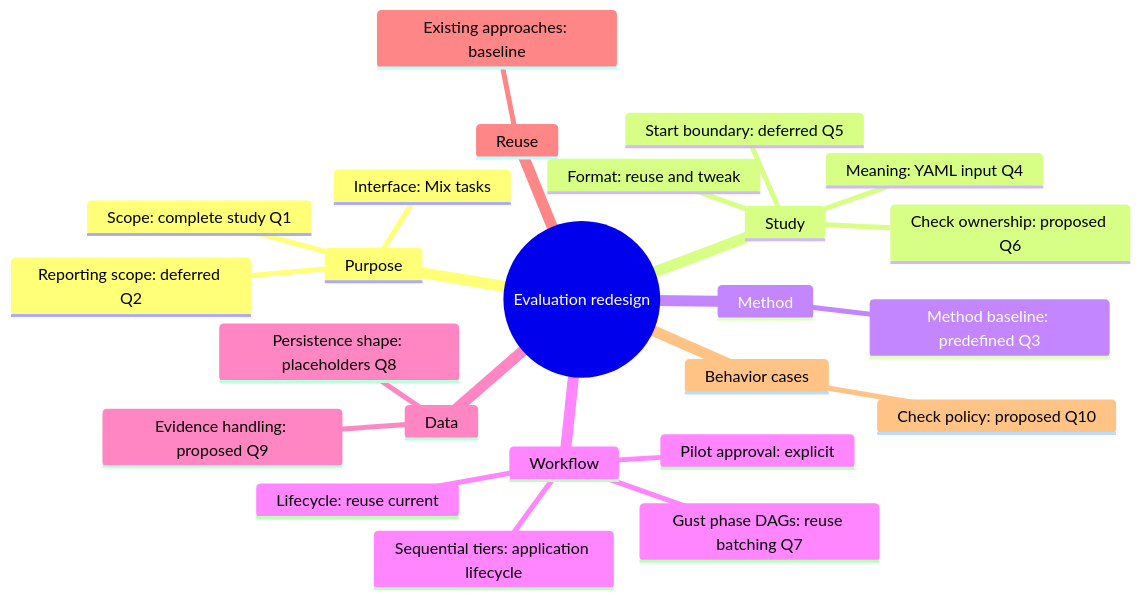
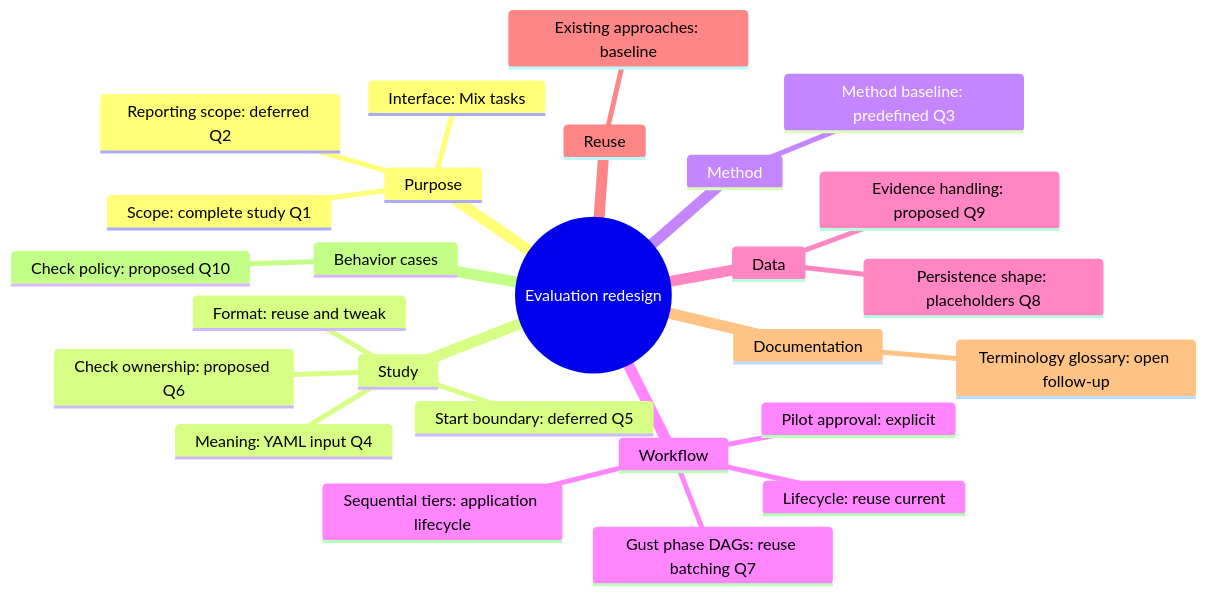
One commit to michalo1334/master_thesis changed the first of 15 diagrams in docs/inprogress/grilling-evaluation-redesign.md. Above: the diagram before and after it, drawn with Mermaid. The commit also changed other lines of this file and 47 other files, not shown here.

````diff
--- a/docs/inprogress/grilling-evaluation-redesign.md
+++ b/docs/inprogress/grilling-evaluation-redesign.md
@@ -40,27 +40,29 @@
 ```mermaid
 mindmap
   root((Evaluation redesign))
     Purpose
       Scope: complete study Q1
       Interface: Mix tasks
       Reporting scope: deferred Q2
     Study
       Meaning: YAML input Q4
       Format: reuse and tweak
       Check ownership: proposed Q6
       Start boundary: deferred Q5
     Method
       Method baseline: predefined Q3
     Workflow
       Pilot approval: explicit
       Gust phase DAGs: reuse batching Q7
       Sequential tiers: application lifecycle
       Lifecycle: reuse current
     Data
       Persistence shape: placeholders Q8
       Evidence handling: proposed Q9
     Reuse
       Existing approaches: baseline
+    Documentation
+      Terminology glossary: open follow-up
     Behavior cases
       Check policy: proposed Q10
 ```
````
